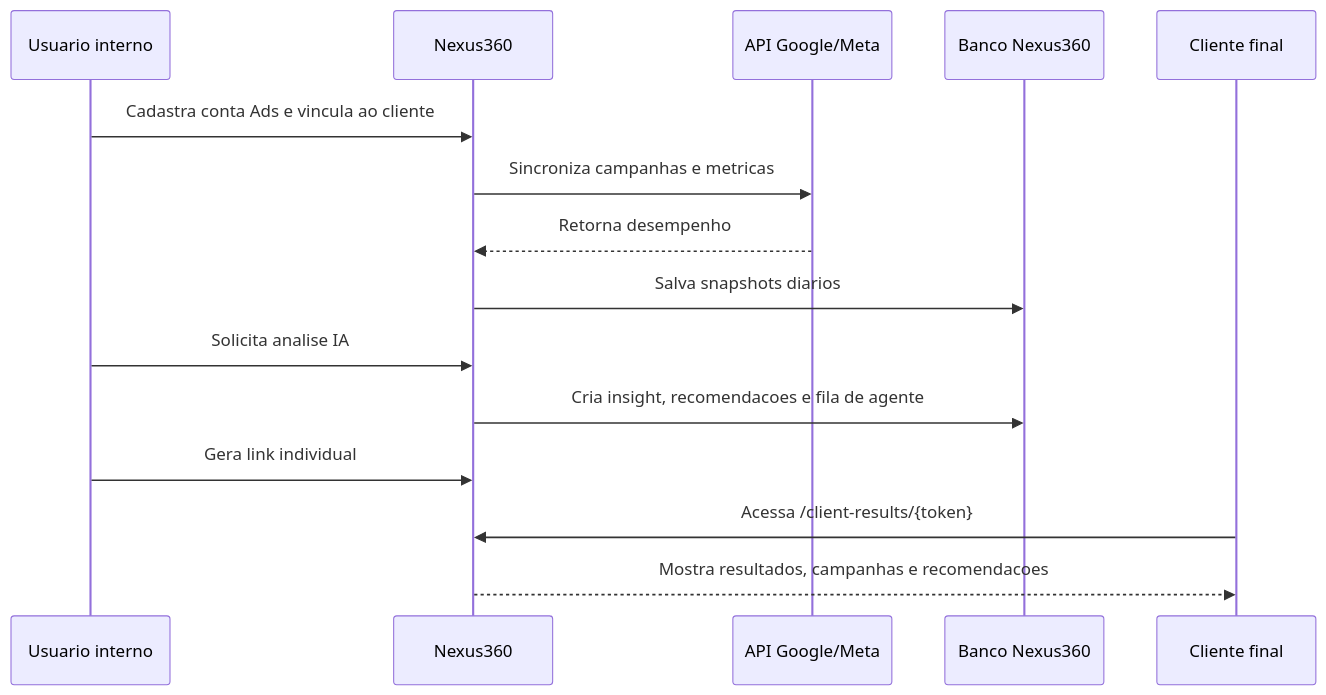
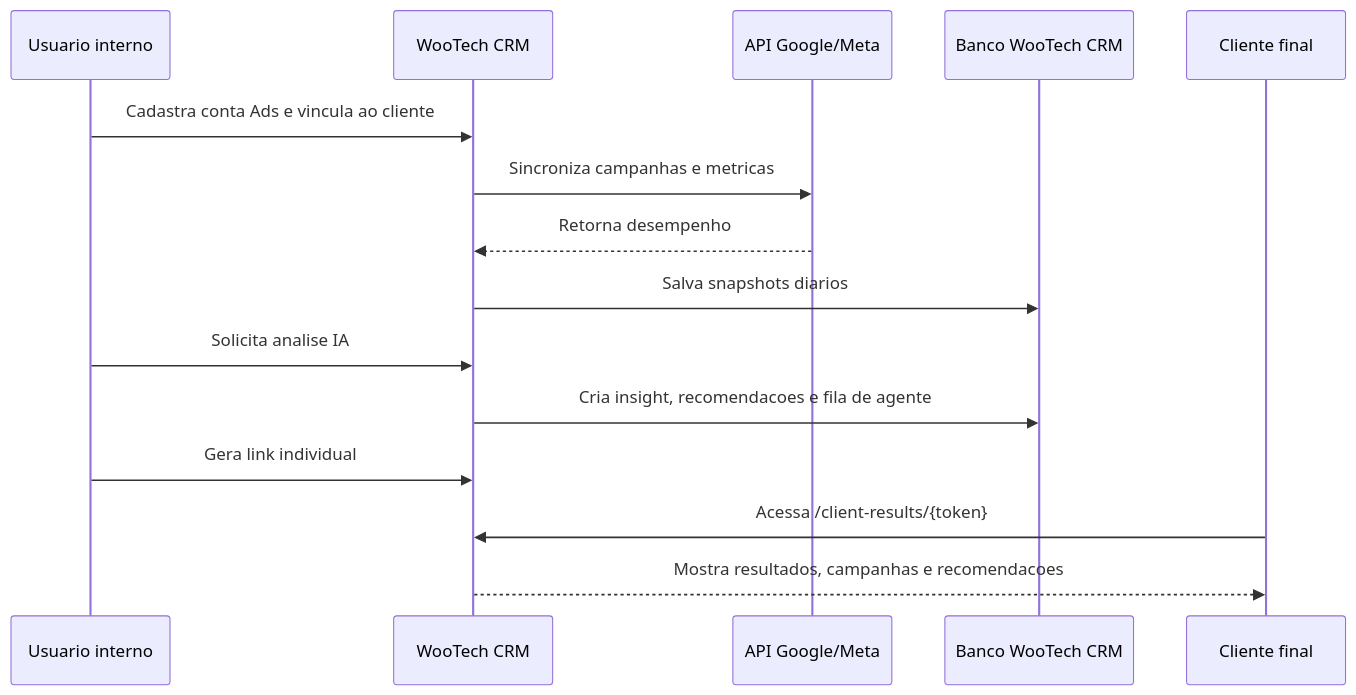
Before and after one commit to fluowai/wootechcrm1: the second of 4 diagrams in docs/ADS_GOOGLE_META_INTEGRATION_GUIDE.md, drawn with Mermaid. The commit also changed other lines of this file and 90 other files, not shown here.

Commit message:
Rebrand Nexus CRM to WooTech CRM and update domain

````diff
--- a/docs/ADS_GOOGLE_META_INTEGRATION_GUIDE.md
+++ b/docs/ADS_GOOGLE_META_INTEGRATION_GUIDE.md
@@ -58,18 +58,18 @@
 ```mermaid
 sequenceDiagram
   participant U as Usuario interno
-  participant N as Nexus360
+  participant N as WooTech CRM
   participant A as API Google/Meta
-  participant DB as Banco Nexus360
+  participant DB as Banco WooTech CRM
   participant C as Cliente final
 
   U->>N: Cadastra conta Ads e vincula ao cliente
   N->>A: Sincroniza campanhas e metricas
   A-->>N: Retorna desempenho
   N->>DB: Salva snapshots diarios
   U->>N: Solicita analise IA
   N->>DB: Cria insight, recomendacoes e fila de agente
   U->>N: Gera link individual
   C->>N: Acessa /client-results/{token}
   N-->>C: Mostra resultados, campanhas e recomendacoes
 ```
````
